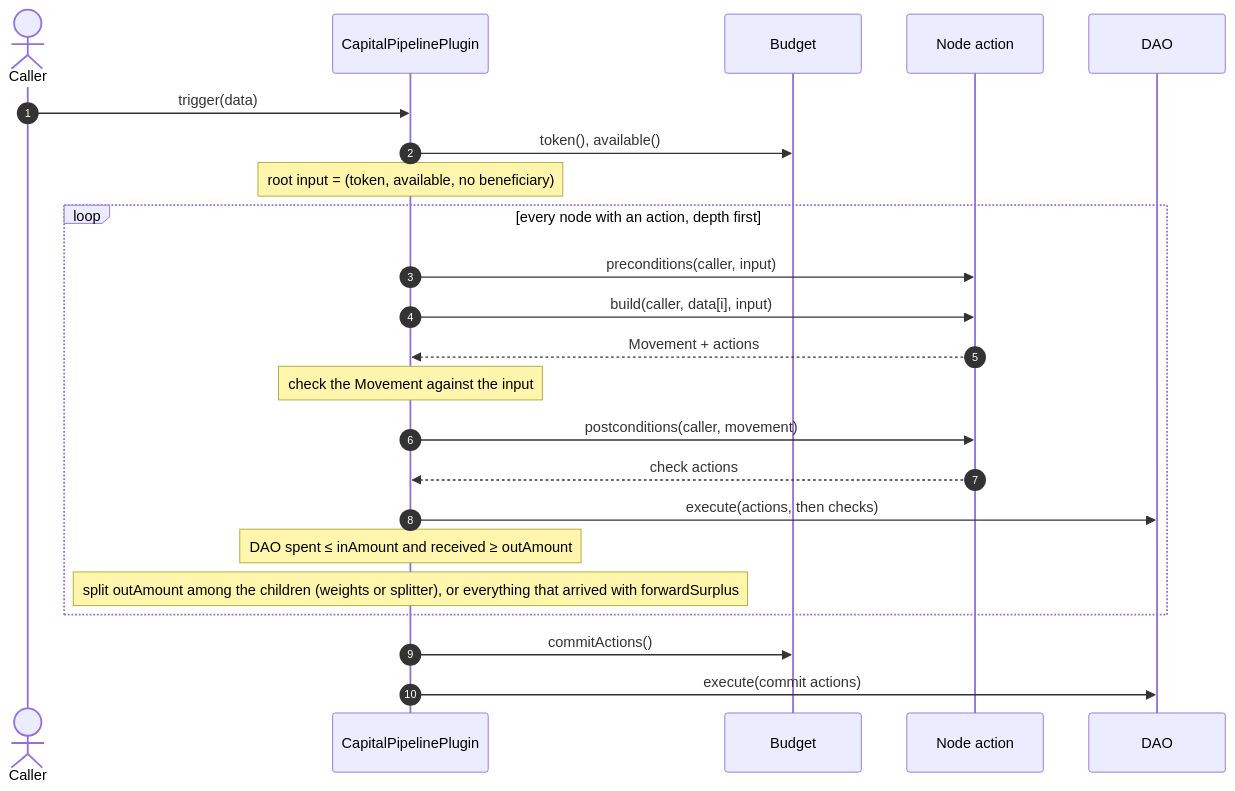
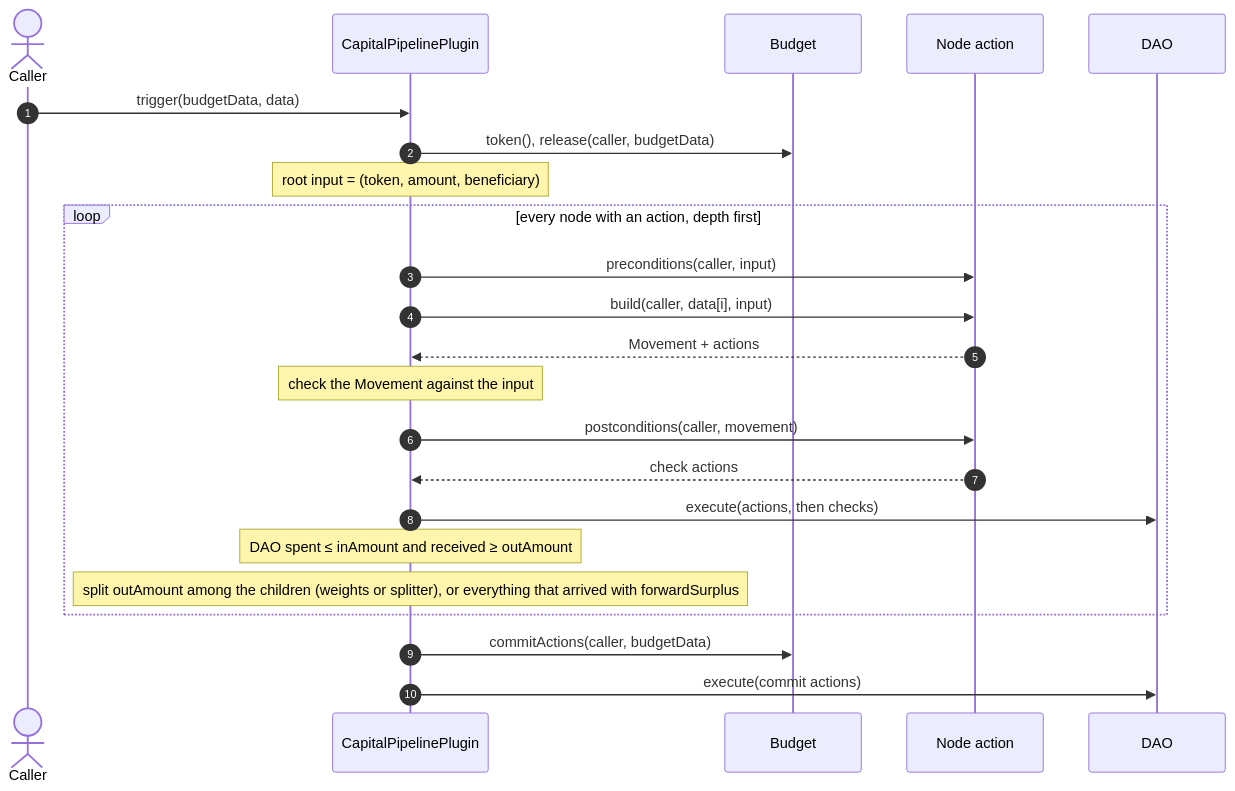
Before and after one commit to antfarm-official/tree-capital: the second of 10 diagrams in README.md, drawn with Mermaid. The commit also changed other lines of this file and 1 other file, not shown here.

Commit message:
Document the Merkle claim budget and the take-all rule

````diff
--- a/README.md
+++ b/README.md
@@ -60,26 +61,26 @@
 ```mermaid
 sequenceDiagram
     autonumber
     actor Caller
     participant Plugin as CapitalPipelinePlugin
     participant Budget
     participant Action as Node action
     participant DAO
 
-    Caller->>Plugin: trigger(data)
-    Plugin->>Budget: token(), available()
-    Note over Plugin: root input = (token, available, no beneficiary)
+    Caller->>Plugin: trigger(budgetData, data)
+    Plugin->>Budget: token(), release(caller, budgetData)
+    Note over Plugin: root input = (token, amount, beneficiary)
     loop every node with an action, depth first
         Plugin->>Action: preconditions(caller, input)
         Plugin->>Action: build(caller, data[i], input)
         Action-->>Plugin: Movement + actions
         Note over Plugin: check the Movement against the input
         Plugin->>Action: postconditions(caller, movement)
         Action-->>Plugin: check actions
         Plugin->>DAO: execute(actions, then checks)
         Note over Plugin: DAO spent ≤ inAmount and received ≥ outAmount
         Note over Plugin: split outAmount among the children (weights or splitter), or everything that arrived with forwardSurplus
     end
-    Plugin->>Budget: commitActions()
+    Plugin->>Budget: commitActions(caller, budgetData)
     Plugin->>DAO: execute(commit actions)
 ```
````
